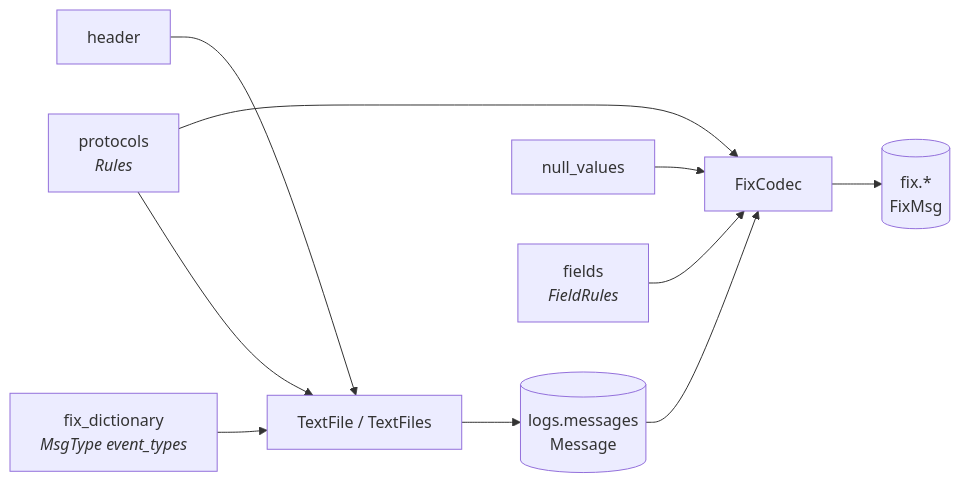
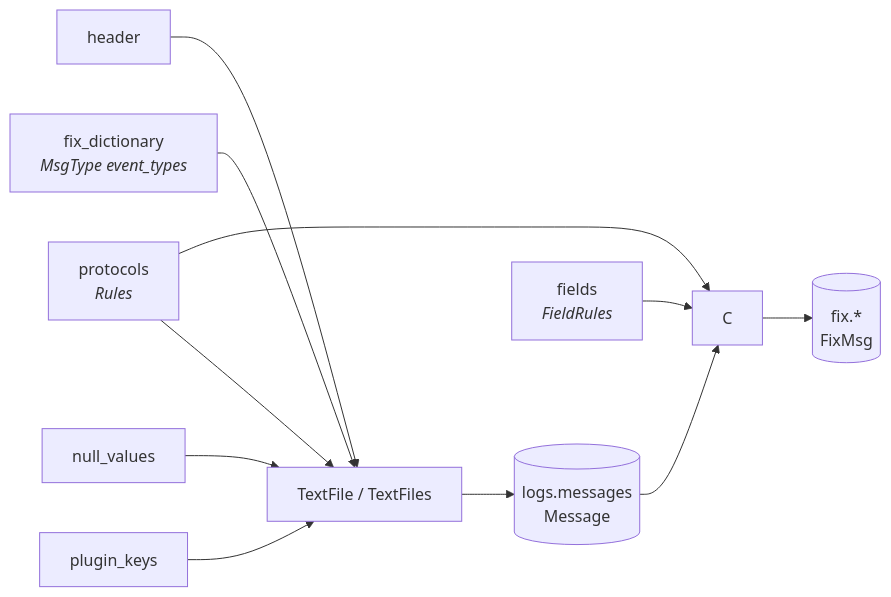
One commit to Platob/yggfin changed the diagram in docs/fix/configuring.md. Above: the diagram before and after it, drawn with Mermaid. The commit also changed other lines of this file and 1682 other files, not shown here.

````diff
--- a/docs/fix/configuring.md
+++ b/docs/fix/configuring.md
@@ -8,12 +8,13 @@
 ```mermaid
 flowchart LR
     H[header] --> T[TextFile / TextFiles]
     D[fix_dictionary<br/><i>MsgType event_types</i>] --> T
     T --> M[(logs.messages<br/>Message)]
-    N[null_values] --> C[FixCodec]
+    N[null_values] --> T
+    K[plugin_keys] --> T
     P[protocols<br/><i>Rules</i>] --> C
     P --> T
     F[fields<br/><i>FieldRules</i>] --> C
     M --> C
     C --> R[(fix.*<br/>FixMsg)]
 ```
````
